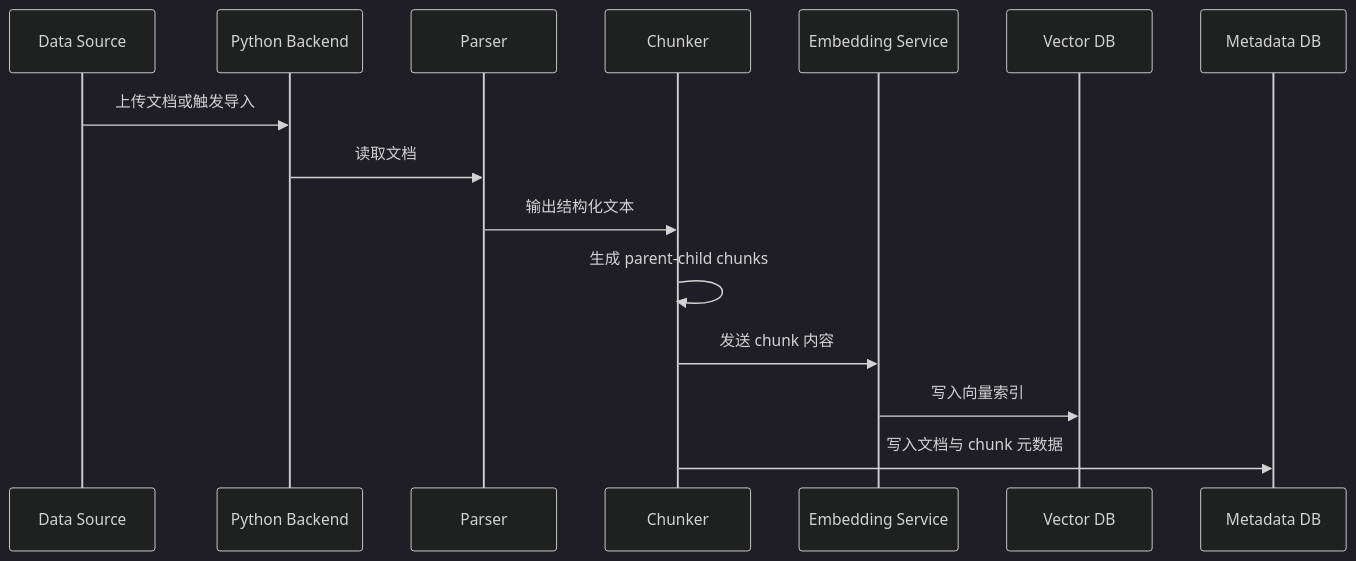
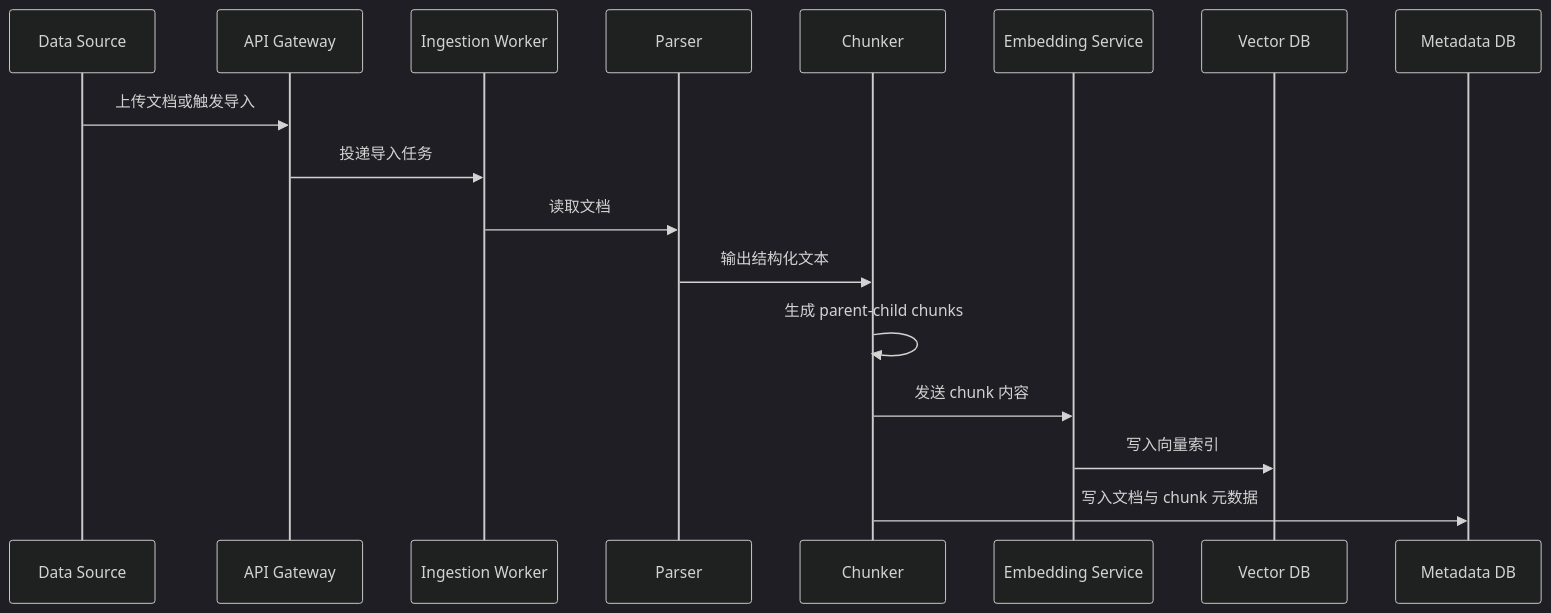
Before and after one commit to wangchao-sh91/product-ai-assistant: the second of 3 diagrams in design.md, drawn with Mermaid (dark theme). The commit also changed other lines of this file and 2 other files, not shown here.

````diff
--- a/design.md
+++ b/design.md
@@ -132,18 +157,20 @@
 ```mermaid
 sequenceDiagram
     participant D as Data Source
-    participant A as Python Backend
+    participant G as API Gateway
+    participant W as Ingestion Worker
     participant P as Parser
     participant C as Chunker
     participant E as Embedding Service
     participant V as Vector DB
     participant M as Metadata DB
 
-    D->>A: 上传文档或触发导入
-    A->>P: 读取文档
+    D->>G: 上传文档或触发导入
+    G->>W: 投递导入任务
+    W->>P: 读取文档
     P->>C: 输出结构化文本
     C->>C: 生成 parent-child chunks
     C->>E: 发送 chunk 内容
     E->>V: 写入向量索引
     C->>M: 写入文档与 chunk 元数据
 ```
````
